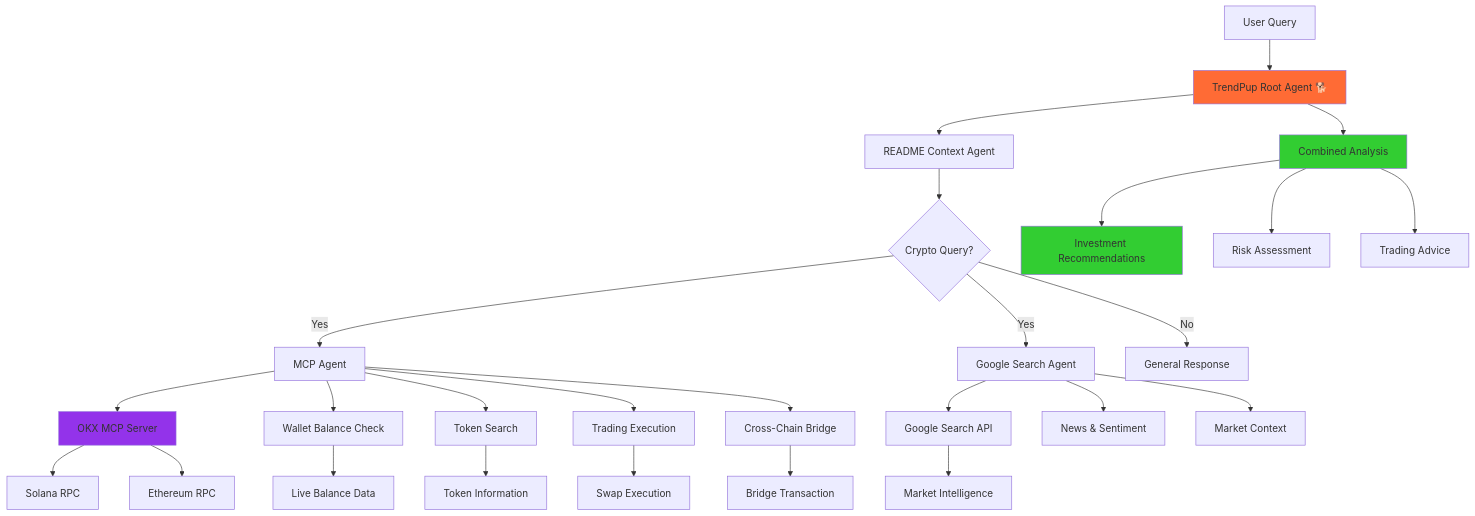
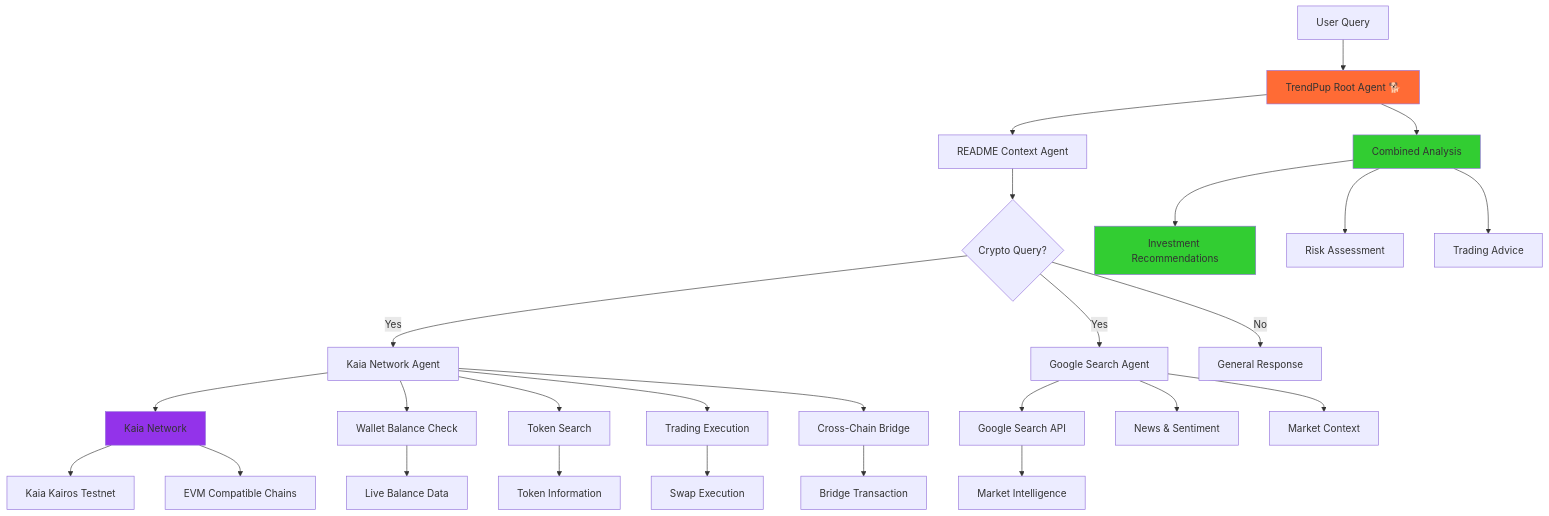
Before and after one commit to Spydiecy/Trendpup_Sonic: the fourth of 8 diagrams in README.md, drawn with Mermaid. The commit also changed other lines of this file and 21 other files, not shown here.

````diff
--- a/README.md
+++ b/README.md
@@ -347,39 +344,39 @@
 ```mermaid
 flowchart TD
     A[User Query] --> B[TrendPup Root Agent 🐕]
     B --> C[README Context Agent]
     C --> D{Crypto Query?}
-    D -- Yes --> E[MCP Agent]
+    D -- Yes --> E[Kaia Network Agent]
     D -- Yes --> F[Google Search Agent]
     D -- No --> G[General Response]
     
-    E --> H[OKX MCP Server]
-    H --> I[Solana RPC]
-    H --> J[Ethereum RPC]
+    E --> H[Kaia Network]
+    H --> I[Kaia Kairos Testnet]
+    H --> J[EVM Compatible Chains]
     
     F --> K[Google Search API]
     K --> L[Market Intelligence]
     
     E --> M[Wallet Balance Check]
     E --> N[Token Search]
     E --> O[Trading Execution]
     E --> P[Cross-Chain Bridge]
     
     M --> Q[Live Balance Data]
     N --> R[Token Information]
     O --> S[Swap Execution]
     P --> T[Bridge Transaction]
     
     F --> U[News & Sentiment]
     F --> V[Market Context]
     
     B --> W[Combined Analysis]
     W --> X[Investment Recommendations]
     W --> Y[Risk Assessment]
     W --> Z[Trading Advice]
     
     style B fill:#ff6b35
     style H fill:#9333ea
     style W fill:#32cd32
     style X fill:#32cd32
 ```
````
